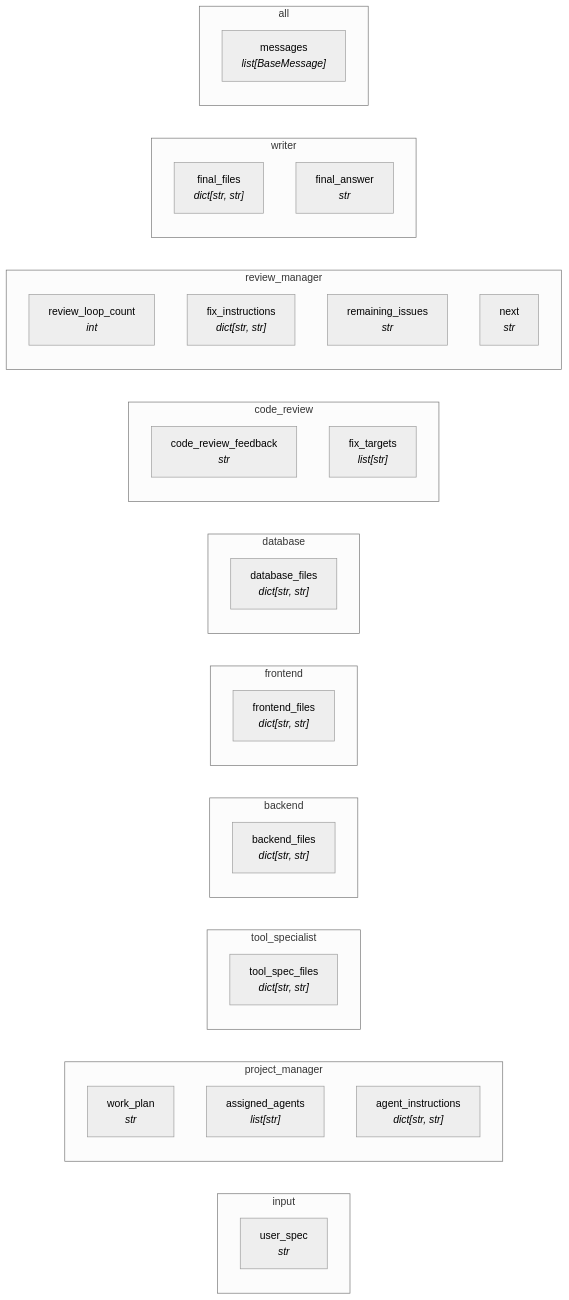
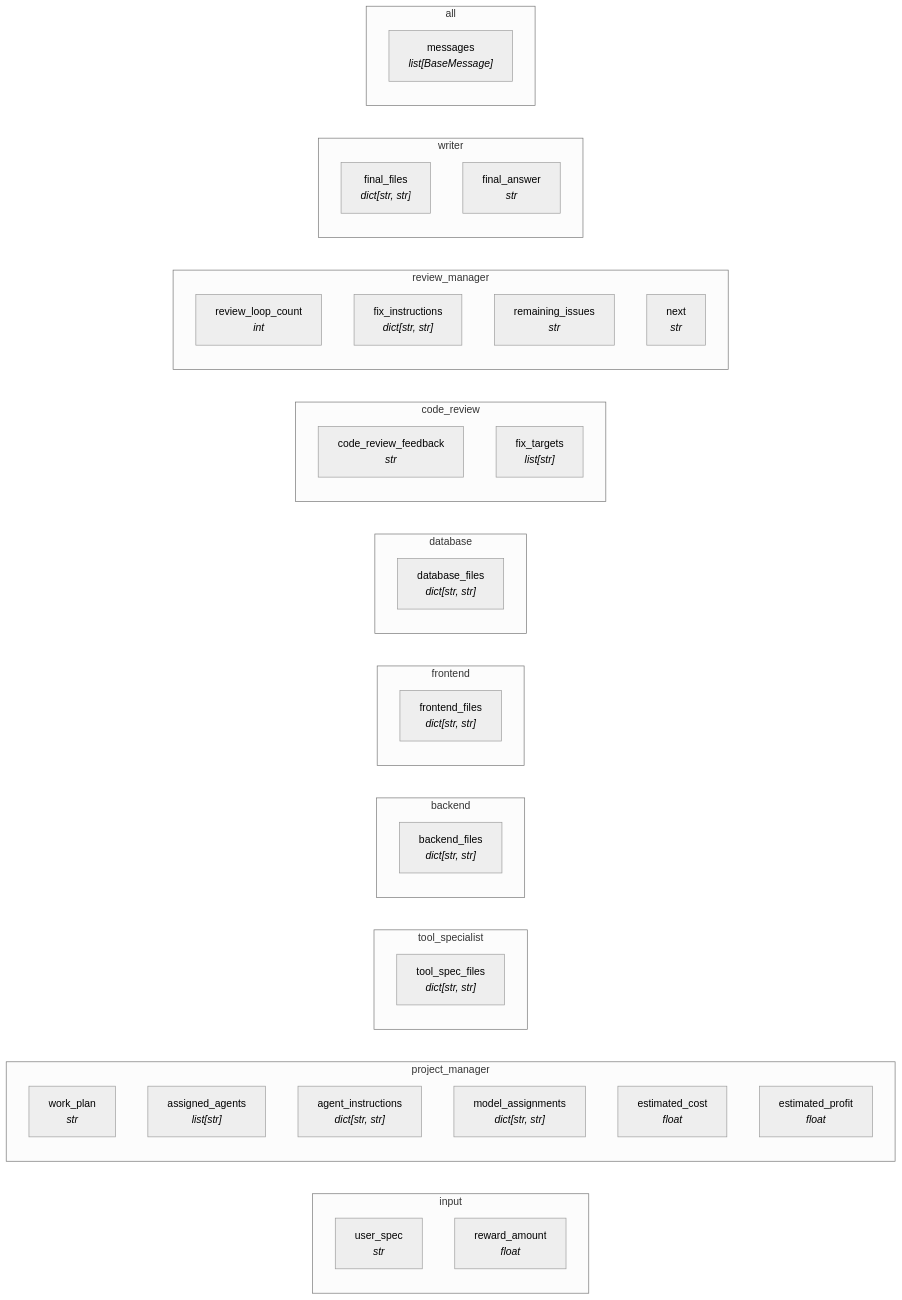
One commit to BBQ-Meat999/test-BBQ changed the fourth of 4 diagrams in docs/architecture.md. Above: the diagram before and after it, drawn with Mermaid (neutral theme). The commit also changed other lines of this file and 8 other files, not shown here.

First line of the commit message:
feat: profit-maximizing model selection based on UpWork reward amount

````diff
--- a/docs/architecture.md
+++ b/docs/architecture.md
@@ -142,40 +142,44 @@
 ```mermaid
 flowchart LR
     subgraph input["input"]
         user_spec["user_spec<br/><i>str</i>"]
+        reward_amount["reward_amount<br/><i>float</i>"]
     end
     subgraph project_manager["project_manager"]
         work_plan["work_plan<br/><i>str</i>"]
         assigned_agents["assigned_agents<br/><i>list[str]</i>"]
         agent_instructions["agent_instructions<br/><i>dict[str, str]</i>"]
+        model_assignments["model_assignments<br/><i>dict[str, str]</i>"]
+        estimated_cost["estimated_cost<br/><i>float</i>"]
+        estimated_profit["estimated_profit<br/><i>float</i>"]
     end
     subgraph tool_specialist["tool_specialist"]
         tool_spec_files["tool_spec_files<br/><i>dict[str, str]</i>"]
     end
     subgraph backend["backend"]
         backend_files["backend_files<br/><i>dict[str, str]</i>"]
     end
     subgraph frontend["frontend"]
         frontend_files["frontend_files<br/><i>dict[str, str]</i>"]
     end
     subgraph database["database"]
         database_files["database_files<br/><i>dict[str, str]</i>"]
     end
     subgraph code_review["code_review"]
         code_review_feedback["code_review_feedback<br/><i>str</i>"]
         fix_targets["fix_targets<br/><i>list[str]</i>"]
     end
     subgraph review_manager["review_manager"]
         review_loop_count["review_loop_count<br/><i>int</i>"]
         fix_instructions["fix_instructions<br/><i>dict[str, str]</i>"]
         remaining_issues["remaining_issues<br/><i>str</i>"]
         next["next<br/><i>str</i>"]
     end
     subgraph writer["writer"]
         final_files["final_files<br/><i>dict[str, str]</i>"]
         final_answer["final_answer<br/><i>str</i>"]
     end
     subgraph all["all"]
         messages["messages<br/><i>list[BaseMessage]</i>"]
     end
 ```
````
